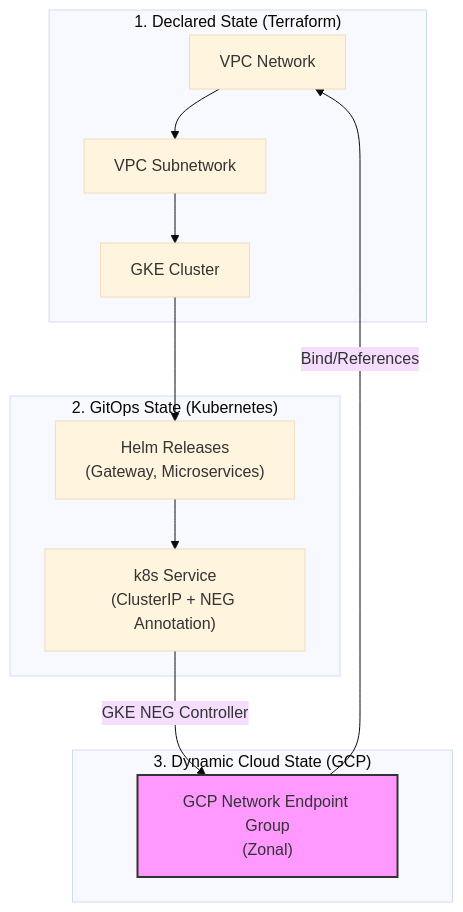
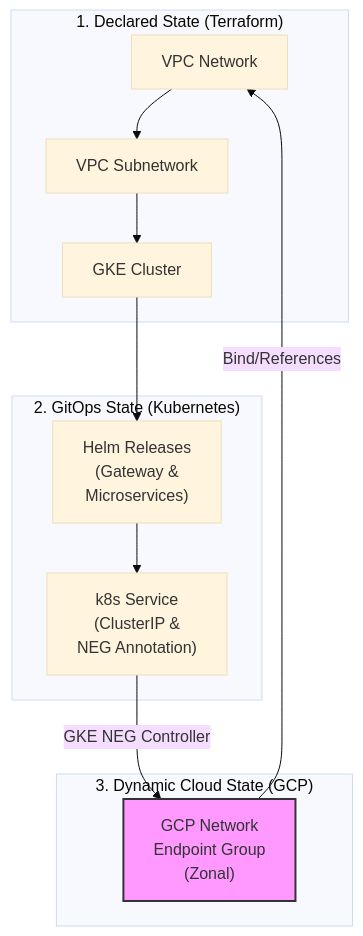
The tenth of 10 diagrams in README.md (nubenetes/jenkins-2026), drawn with Mermaid (base theme) before and after one commit. The commit also changed 1 other file, not shown here.

Commit message:
docs(readme): further wrap long node labels in lifecycle diagram

````diff
--- a/README.md
+++ b/README.md
@@ -2347,19 +2347,19 @@
 ```mermaid
 graph TD
     subgraph TF ["1. Declared State (Terraform)"]
         VPC["VPC Network"] --> Subnet["VPC Subnetwork"]
         Subnet --> GKE["GKE Cluster"]
     end
 
     subgraph K8S ["2. GitOps State (Kubernetes)"]
-        GKE --> Helm["Helm Releases<br/>(Gateway, Microservices)"]
-        Helm --> Serv["k8s Service<br/>(ClusterIP + NEG Annotation)"]
+        GKE --> Helm["Helm Releases<br/>(Gateway &<br/>Microservices)"]
+        Helm --> Serv["k8s Service<br/>(ClusterIP &<br/>NEG Annotation)"]
     end
 
     subgraph GCP ["3. Dynamic Cloud State (GCP)"]
-        Serv -->|GKE NEG Controller| NEG["GCP Network Endpoint Group<br/>(Zonal)"]
+        Serv -->|GKE NEG Controller| NEG["GCP Network<br/>Endpoint Group<br/>(Zonal)"]
         NEG -->|"Bind/References"| VPC
     end
 
     style NEG fill:#f9f,stroke:#333,stroke-width:2px
 ```
````
